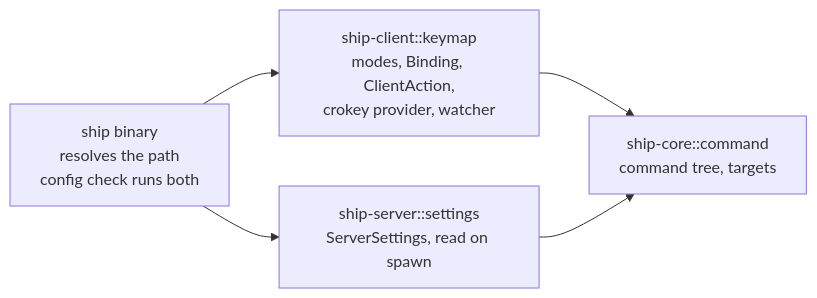
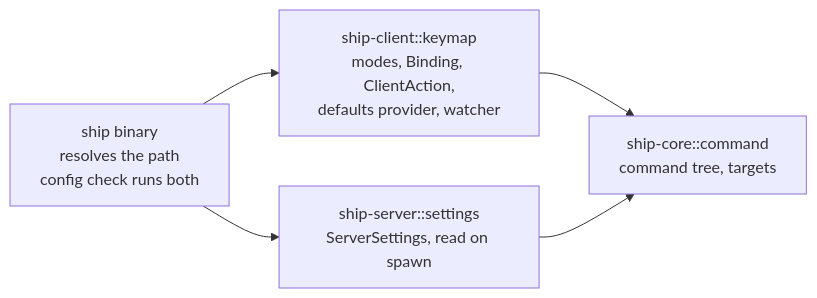
Before and after one commit to Cyanistic/ship: the second of 4 diagrams in openspec/changes/keys-config/design/architecture.md, drawn with Mermaid. The commit also changed other lines of this file and 19 other files, not shown here.

First line of the commit message:
feat: keymap and modes, with Alt chords to actions and C-b gone

````diff
--- a/openspec/changes/keys-config/design/architecture.md
+++ b/openspec/changes/keys-config/design/architecture.md
@@ -53,7 +53,7 @@
 ```mermaid
 flowchart LR
   bin["ship binary<br/>resolves the path<br/>config check runs both"] --> client & server
-  client["ship-client::keymap<br/>modes, Binding, ClientAction,<br/>crokey provider, watcher"] --> core
+  client["ship-client::keymap<br/>modes, Binding, ClientAction,<br/>defaults provider, watcher"] --> core
   server["ship-server::settings<br/>ServerSettings, read on spawn"] --> core
   core["ship-core::command<br/>command tree, targets"]
 ```
````
